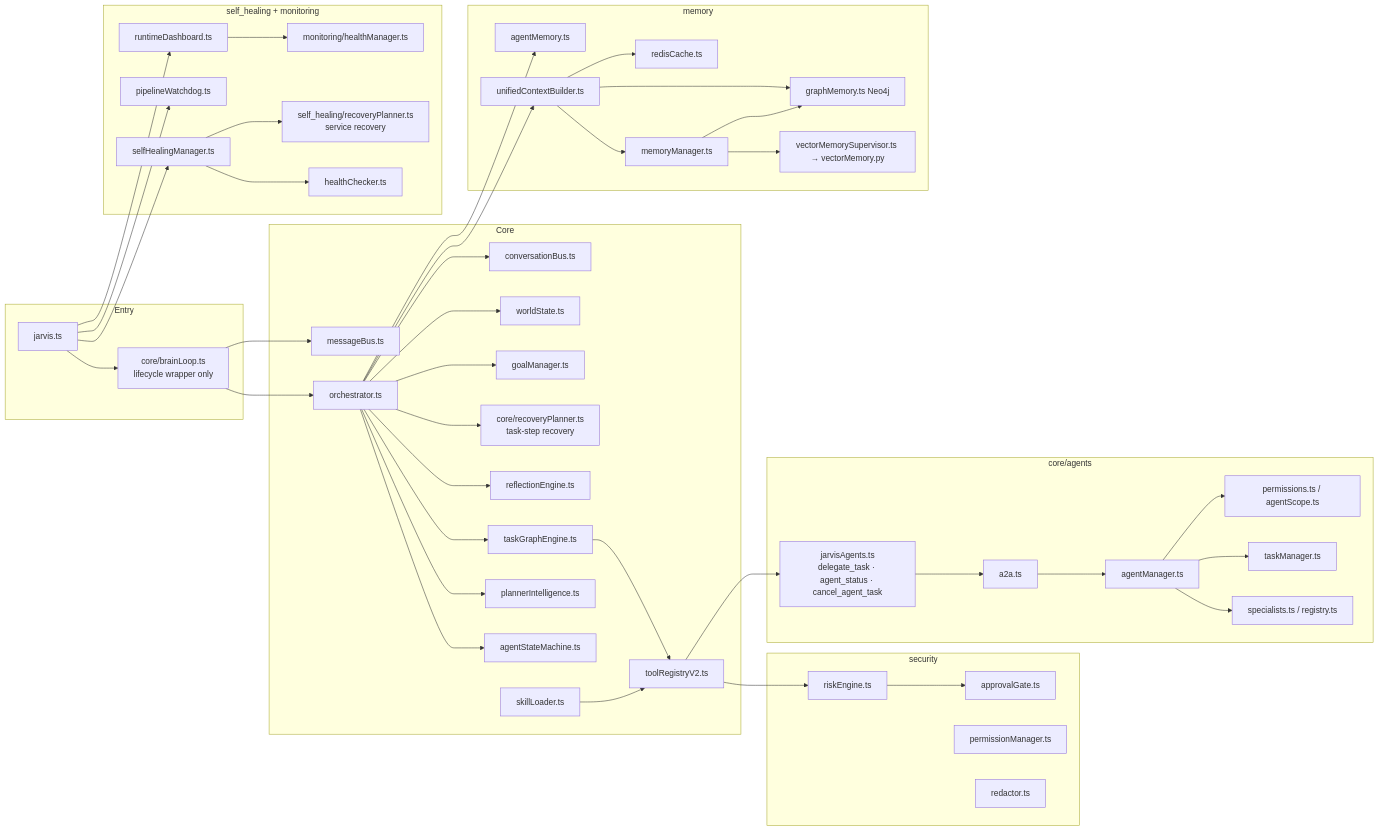
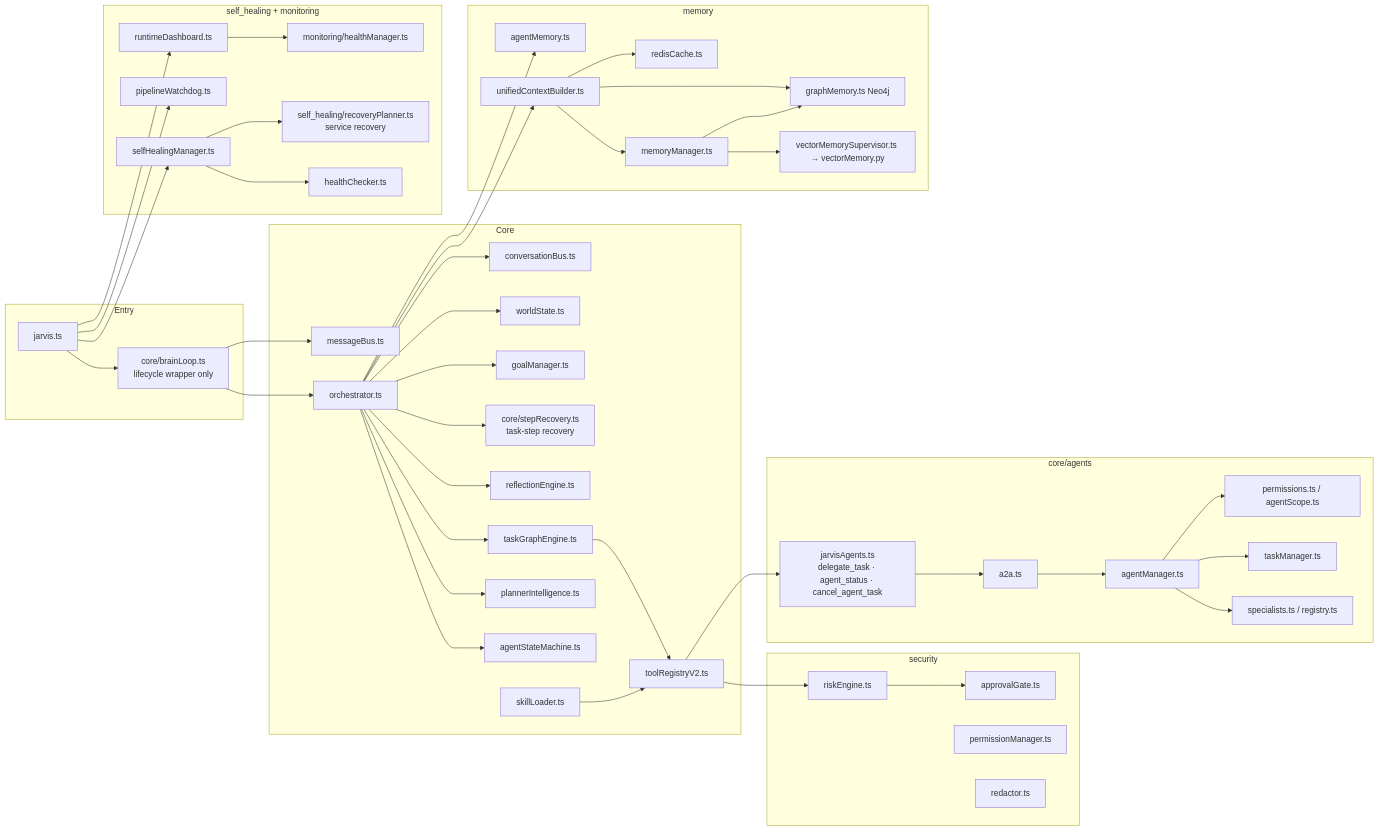
Before and after one commit to miyakhelwaleedahmad/anti-gravity-for-jarvis-assistant: the second of 4 diagrams in JARVIS_CURRENT_ARCHITECTURE_REPORT.md, drawn with Mermaid. The commit also changed other lines of this file and 14 other files, not shown here.

First line of the commit message:
ARCH-02: core/recoveryPlanner.ts becomes core/stepRecovery.ts

````diff
--- a/JARVIS_CURRENT_ARCHITECTURE_REPORT.md
+++ b/JARVIS_CURRENT_ARCHITECTURE_REPORT.md
@@ -43,65 +43,65 @@
 ```mermaid
 flowchart LR
     subgraph Entry
         JT[jarvis.ts]
         BL[core/brainLoop.ts<br/>lifecycle wrapper only]
     end
     subgraph Core
         ORC[orchestrator.ts]
         SM[agentStateMachine.ts]
         PI[plannerIntelligence.ts]
         TGE[taskGraphEngine.ts]
         RE[reflectionEngine.ts]
-        RP[core/recoveryPlanner.ts<br/>task-step recovery]
+        RP[core/stepRecovery.ts<br/>task-step recovery]
         GM[goalManager.ts]
         WS[worldState.ts]
         CB[conversationBus.ts]
         MB[messageBus.ts]
         SL[skillLoader.ts]
         TR[toolRegistryV2.ts]
     end
     subgraph Agents[core/agents]
         AM[agentManager.ts]
         SP[specialists.ts / registry.ts]
         TM[taskManager.ts]
         A2A[a2a.ts]
         JA[jarvisAgents.ts<br/>delegate_task · agent_status · cancel_agent_task]
         PERM[permissions.ts / agentScope.ts]
     end
     subgraph Memory[memory]
         MM[memoryManager.ts]
         AMEM[agentMemory.ts]
         UCB[unifiedContextBuilder.ts]
         VMS[vectorMemorySupervisor.ts → vectorMemory.py]
         GRM[graphMemory.ts Neo4j]
         RC[redisCache.ts]
     end
     subgraph Security[security]
         RISK[riskEngine.ts]
         AGATE[approvalGate.ts]
         PMGR[permissionManager.ts]
         RED[redactor.ts]
     end
     subgraph Health[self_healing + monitoring]
         SHM[selfHealingManager.ts]
         HC[healthChecker.ts]
         HM[monitoring/healthManager.ts]
         PW[pipelineWatchdog.ts]
         SRP[self_healing/recoveryPlanner.ts<br/>service recovery]
         DASH[runtimeDashboard.ts]
     end
     JT --> BL --> ORC
     JT --> SHM & PW & DASH
     ORC --> SM & PI & TGE & RE & RP & GM & WS & CB
     ORC --> UCB & AMEM
     UCB --> MM & GRM & RC
     MM --> VMS & GRM
     TGE --> TR
     SL --> TR
     TR --> RISK --> AGATE
     TR --> JA --> A2A --> AM --> SP & TM
     AM --> PERM
     SHM --> HC & SRP
     DASH --> HM
     BL --> MB
 ```
````
